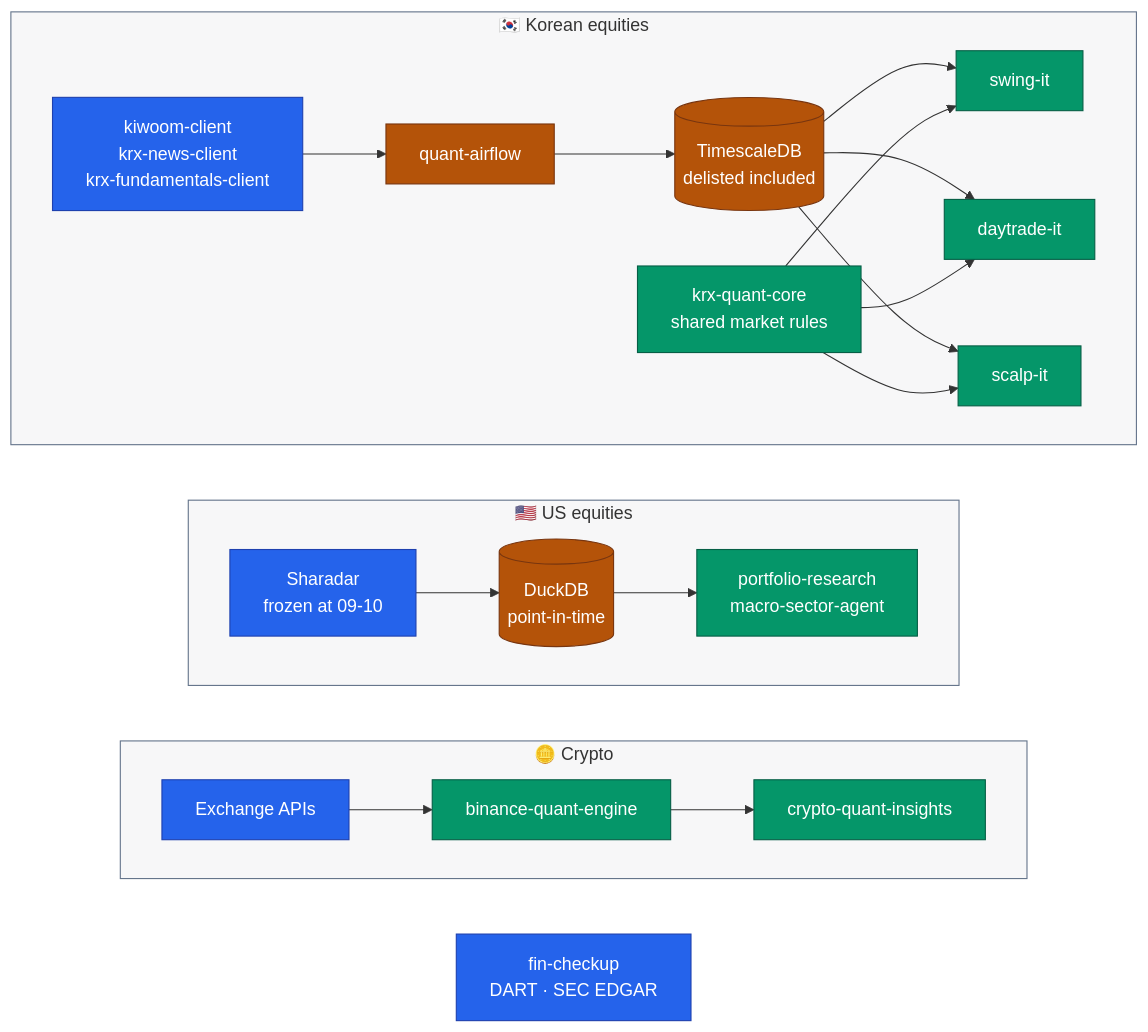
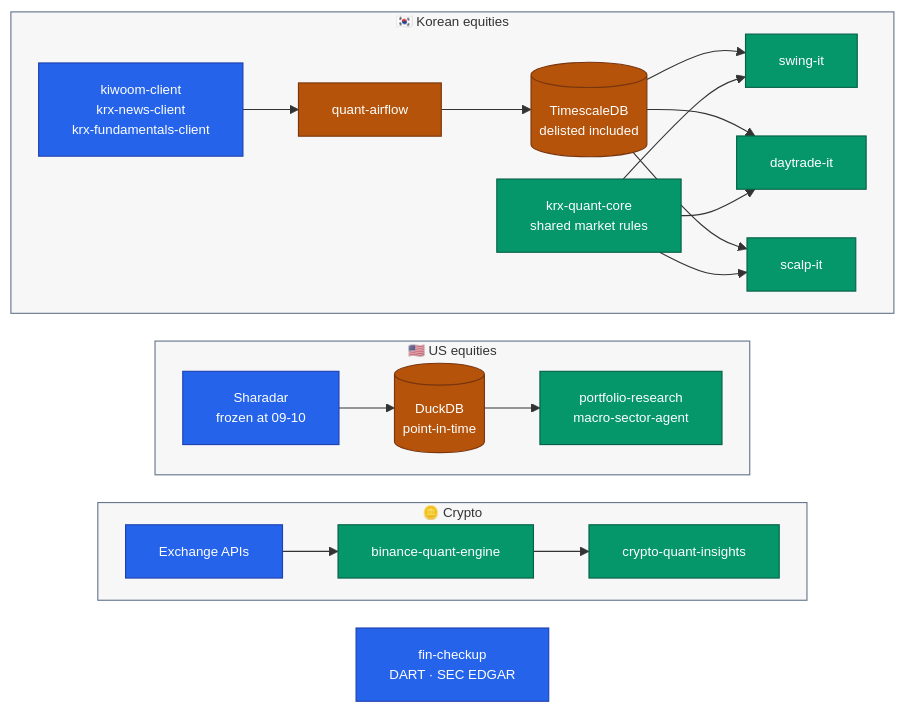
Before and after one commit to younghwan91/younghwan91: the diagram in README.md, drawn with Mermaid. The commit also changed other lines of this file and 1 other file, not shown here.

First line of the commit message:
docs(readme): 프로젝트 표 설명을 한두 문장으로, 다이어그램은 자연 크기로

````diff
--- a/README.md
+++ b/README.md
@@ -21,37 +21,38 @@
 ```mermaid
+%%{init: {"flowchart": {"useMaxWidth": false, "nodeSpacing": 20, "rankSpacing": 25}, "themeVariables": {"fontSize": "12px"}}}%%
 flowchart TB
     subgraph KR ["🇰🇷 Korean equities"]
         direction LR
         SRC["kiwoom-client<br/>krx-news-client<br/>krx-fundamentals-client"] --> AF["quant-airflow"] --> DB[("TimescaleDB<br/>delisted included")]
         DB --> SW["swing-it"]
         DB --> DT["daytrade-it"]
         DB --> SC["scalp-it"]
         KC["krx-quant-core<br/>shared market rules"] --> SW & DT & SC
     end
 
     subgraph US ["🇺🇸 US equities"]
         direction LR
         SH["Sharadar<br/>frozen at 09-10"] --> DD[("DuckDB<br/>point-in-time")] --> PR["portfolio-research<br/>macro-sector-agent"]
     end
 
     subgraph CX ["🪙 Crypto"]
         direction LR
         EX["Exchange APIs"] --> CR["binance-quant-engine"] --> CI["crypto-quant-insights"]
     end
 
     FC["fin-checkup<br/>DART · SEC EDGAR"]
 
     KR ~~~ US ~~~ CX ~~~ FC
 
     classDef source fill:#2563EB,stroke:#1E40AF,color:#FFFFFF
     classDef move   fill:#B45309,stroke:#78350F,color:#FFFFFF
     classDef out    fill:#059669,stroke:#065F46,color:#FFFFFF
 
     class SRC,SH,EX,FC source
     class AF,DB,DD move
     class SW,DT,SC,KC,PR,CR,CI out
 
     style KR fill:#0F172A08,stroke:#64748B
     style US fill:#0F172A08,stroke:#64748B
     style CX fill:#0F172A08,stroke:#64748B
 ```
````
